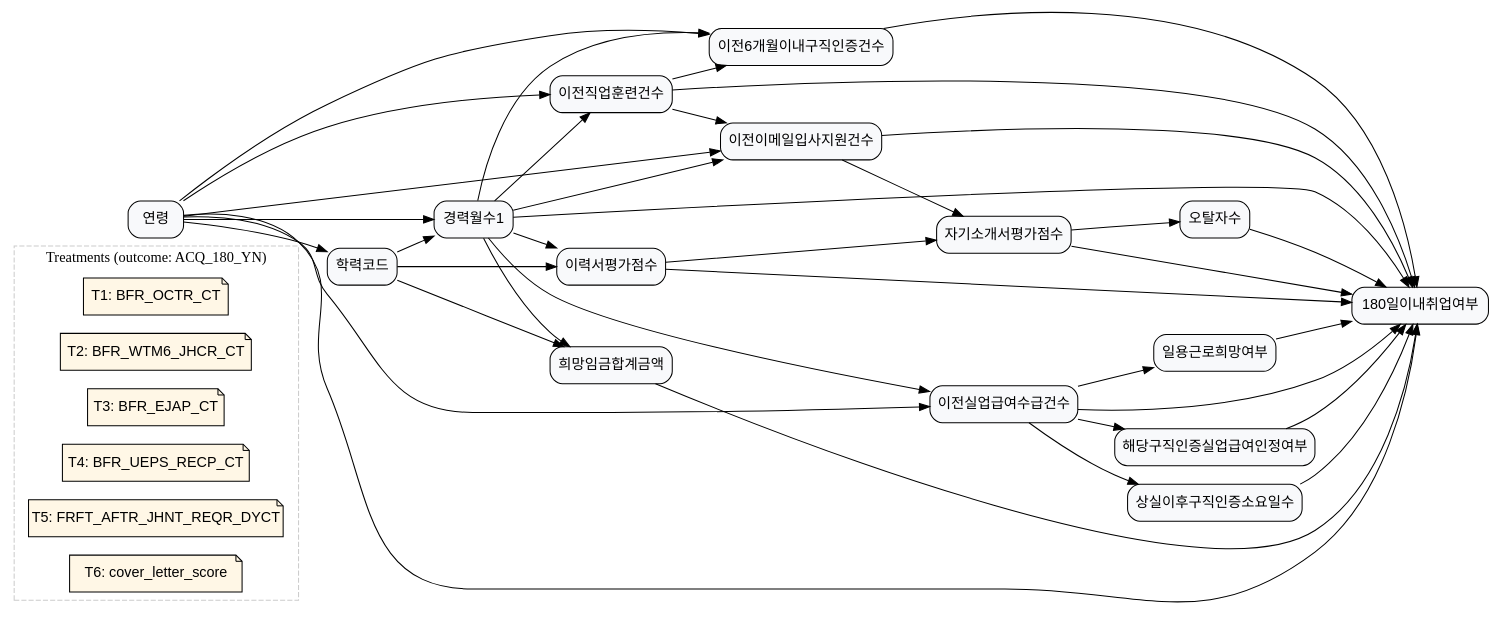
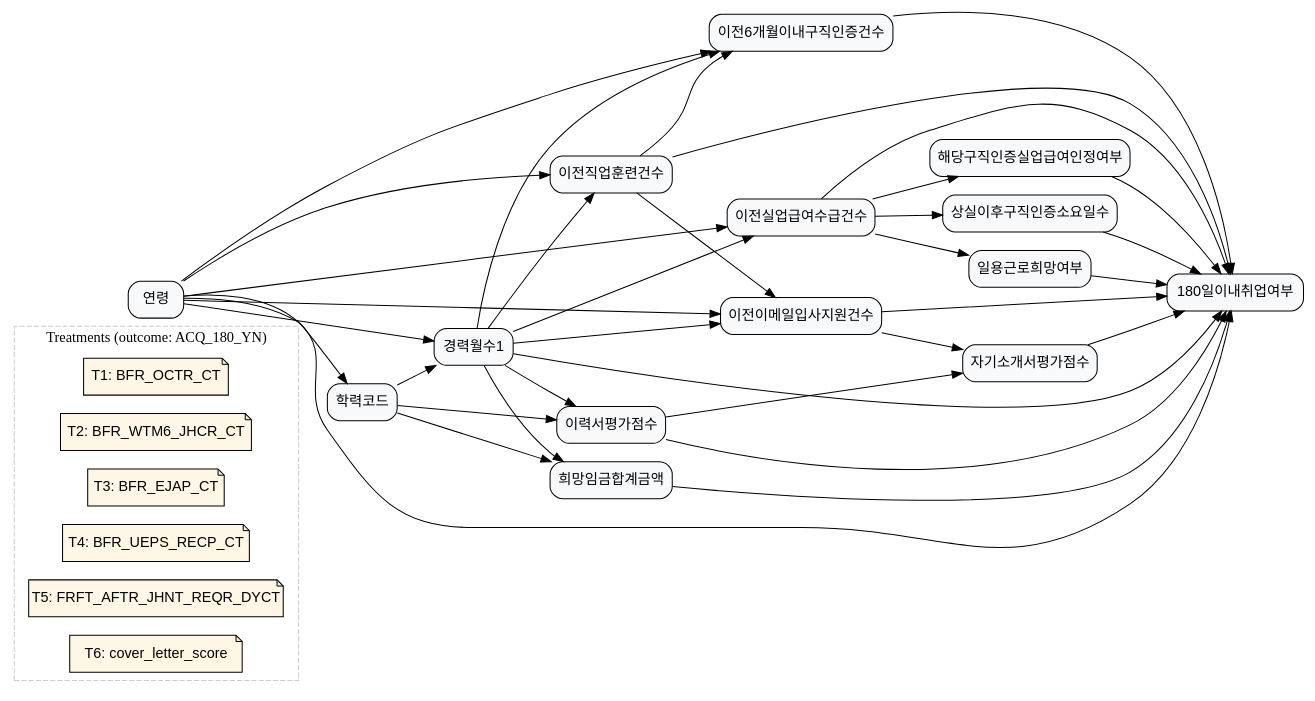
The diagram in laborlab_2/data/graph_data/graph_2.dot (KU-LIM-Lab/dowhy-deep), drawn with Graphviz before and after one commit. The commit also changed 1 other file, not shown here.

Commit message:
remove typo

```diff
--- a/laborlab_2/data/graph_data/graph_2.dot
+++ b/laborlab_2/data/graph_data/graph_2.dot
@@ -1,106 +1,103 @@
 digraph G {
 	graph [rankdir=LR];
 	node [fillcolor="#F8F9FB",
 	fontname=Helvetica,
 	shape=box,
 	style="rounded,filled"
 	];
 	subgraph cluster_treatments {
 	graph [color="#CCCCCC",
 	label="Treatments (outcome: ACQ_180_YN)",
 	style=dashed
 	];
 	node [fillcolor="#FFF7E6",
 	fontname=Helvetica,
 	shape=note,
 	style="rounded,filled"
 	];
 	T1	[label="T1: BFR_OCTR_CT",
 	role=treatment_meta,
 	treatment_def="이전직업훈련건수 수준 차이의 효과",
 	treatment_name=BFR_OCTR_CT,
 	treatment_question="이전 직업훈련을 많이 받은 사람과 거의 받지 않은 사람의 6개월 내 취업 확률 차이?",
 	treatment_var=BFR_OCTR_CT];
 	T2	[label="T2: BFR_WTM6_JHCR_CT",
 	role=treatment_meta,
 	treatment_def="이전6개월이내구직인증건수 수준 차이의 효과",
 	treatment_name=BFR_WTM6_JHCR_CT,
 	treatment_question="과거 6개월간 구직인증 횟수가 많은 사람과 적은 사람의 6개월 내 취업 확률 차이?",
 	treatment_var=BFR_WTM6_JHCR_CT];
 	T3	[label="T3: BFR_EJAP_CT",
 	role=treatment_meta,
 	treatment_def="이전이메일입사지원건수 수준 차이의 효과",
 	treatment_name=BFR_EJAP_CT,
 	treatment_question="이메일 입사지원 경험이 많은 사람과 거의 없는 사람의 6개월 내 취업 확률 차이?",
 	treatment_var=BFR_EJAP_CT];
 	T4	[label="T4: BFR_UEPS_RECP_CT",
 	role=treatment_meta,
 	treatment_def="이전실업급여수급건수 수준 차이의 효과",
 	treatment_name=BFR_UEPS_RECP_CT,
 	treatment_question="실업급여 수급 건수가 많은 사람과 적은 사람의 6개월 내 취업 확률 차이?",
 	treatment_var=BFR_UEPS_RECP_CT];
 	T5	[label="T5: FRFT_AFTR_JHNT_REQR_DYCT",
 	role=treatment_meta,
 	treatment_def="상실이후구직인증소요일수 길이 차이의 효과",
 	treatment_name=FRFT_AFTR_JHNT_REQR_DYCT,
 	treatment_question="상실 이후 구직인증까지 기간이 짧은 사람과 긴 사람의 6개월 내 취업 확률 차이?",
 	treatment_var=FRFT_AFTR_JHNT_REQR_DYCT];
 	T6	[label="T6: cover_letter_score",
 	role=treatment_meta,
 	treatment_def="자기소개서평가점수 수준 차이의 효과",
 	treatment_name=cover_letter_score,
 	treatment_question="자기소개서 평가 점수가 높은 사람과 낮은 사람의 6개월 내 취업 확률 차이?",
 	treatment_var=cover_letter_score];
 }
 	ACQ_180_YN	[label="180일이내취업여부"];
 	BFR_OCTR_CT	[label=이전직업훈련건수];
 	BFR_OCTR_CT -> ACQ_180_YN;
 	BFR_WTM6_JHCR_CT	[label=이전6개월이내구직인증건수];
 	BFR_OCTR_CT -> BFR_WTM6_JHCR_CT;
 	BFR_EJAP_CT	[label=이전이메일입사지원건수];
 	BFR_OCTR_CT -> BFR_EJAP_CT;
 	BFR_WTM6_JHCR_CT -> ACQ_180_YN;
 	BFR_EJAP_CT -> ACQ_180_YN;
 	BFR_UEPS_RECP_CT	[label=이전실업급여수급건수];
 	BFR_UEPS_RECP_CT -> ACQ_180_YN;
 	UEPS_RECP_YN	[label=해당구직인증실업급여인정여부];
 	BFR_UEPS_RECP_CT -> UEPS_RECP_YN;
 	FRFT_AFTR_JHNT_REQR_DYCT	[label=상실이후구직인증소요일수];
 	BFR_UEPS_RECP_CT -> FRFT_AFTR_JHNT_REQR_DYCT;
 	DLY_LABR_HOPE_YN	[label=일용근로희망여부];
 	BFR_UEPS_RECP_CT -> DLY_LABR_HOPE_YN;
 	UEPS_RECP_YN -> ACQ_180_YN;
 	FRFT_AFTR_JHNT_REQR_DYCT -> ACQ_180_YN;
 	DLY_LABR_HOPE_YN -> ACQ_180_YN;
 	AGE	[label=연령];
 	AGE -> ACQ_180_YN;
 	AGE -> BFR_OCTR_CT;
 	AGE -> BFR_WTM6_JHCR_CT;
 	AGE -> BFR_EJAP_CT;
 	AGE -> BFR_UEPS_RECP_CT;
 	ACCR_CD	[label=학력코드];
 	AGE -> ACCR_CD;
 	CARR_MYCT1	[label=경력월수1];
 	AGE -> CARR_MYCT1;
 	ACCR_CD -> CARR_MYCT1;
 	HOPE_WAGE_SM_AMT	[label=희망임금합계금액];
 	ACCR_CD -> HOPE_WAGE_SM_AMT;
 	CARR_MYCT1 -> ACQ_180_YN;
 	CARR_MYCT1 -> BFR_OCTR_CT;
 	CARR_MYCT1 -> BFR_WTM6_JHCR_CT;
 	CARR_MYCT1 -> BFR_EJAP_CT;
 	CARR_MYCT1 -> BFR_UEPS_RECP_CT;
 	CARR_MYCT1 -> HOPE_WAGE_SM_AMT;
 	HOPE_WAGE_SM_AMT -> ACQ_180_YN;
 	resume_score	[label=이력서평가점수];
 	ACCR_CD -> resume_score;
 	CARR_MYCT1 -> resume_score;
 	resume_score -> ACQ_180_YN;
 	cover_letter_score	[label=자기소개서평가점수];
 	resume_score -> cover_letter_score;
 	BFR_EJAP_CT -> cover_letter_score;
 	cover_letter_score -> ACQ_180_YN;
-	typo_count	[label=오탈자수];
-	cover_letter_score -> typo_count;
-	typo_count -> ACQ_180_YN;
 }
```
